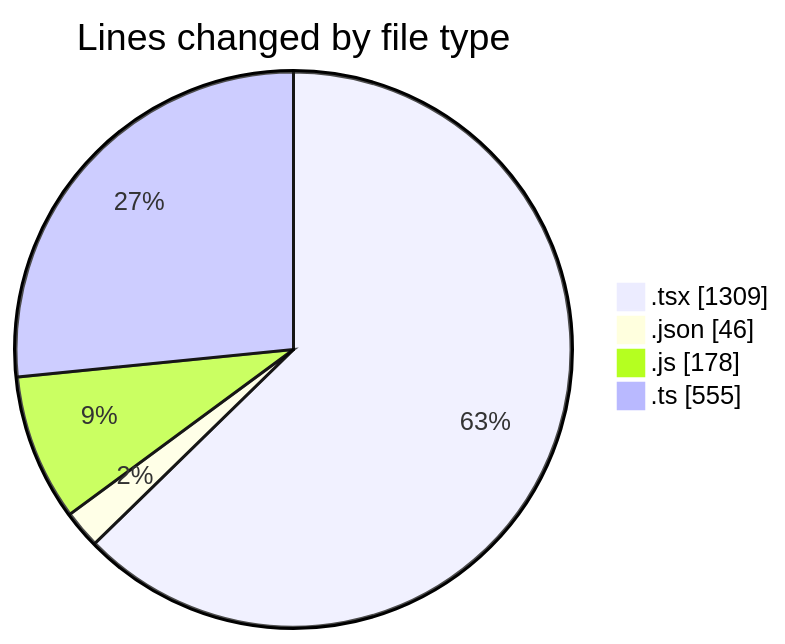
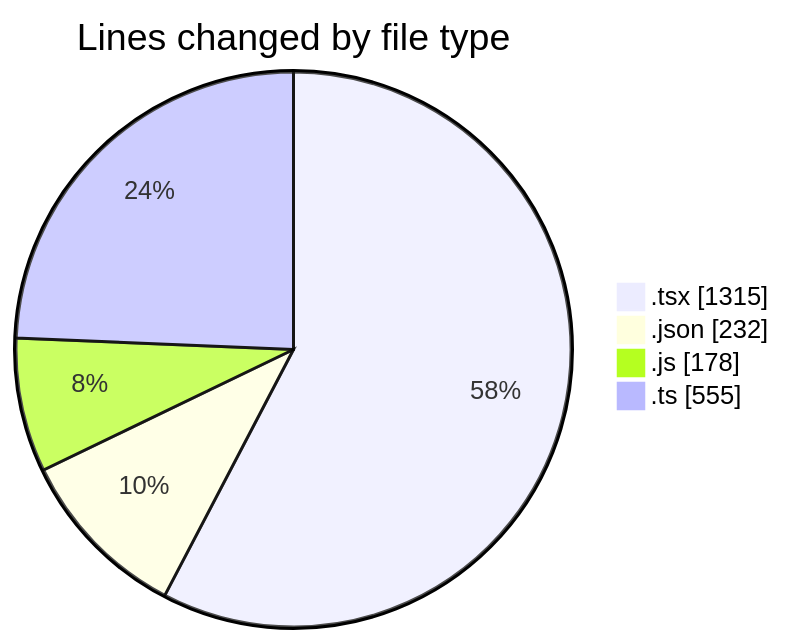
One commit to momahboobian/code-tracking changed the first of 2 diagrams in 2026-08-07/cda/README.md. Above: the diagram before and after it, drawn with Mermaid. The commit also changed other lines of this file and 1 other file, not shown here.

````diff
--- a/2026-08-07/cda/README.md
+++ b/2026-08-07/cda/README.md
@@ -30,8 +31,8 @@
 ```mermaid
 pie showData
 title Lines changed by file type
-".tsx" : 1309
-".json" : 46
+".tsx" : 1315
+".json" : 232
 ".js" : 178
 ".ts" : 555
 ```
````
